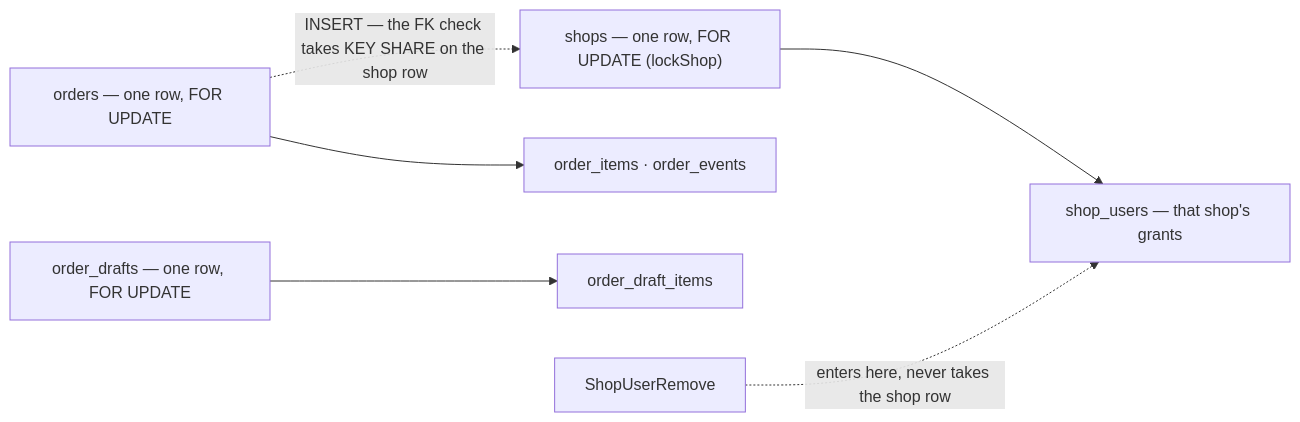
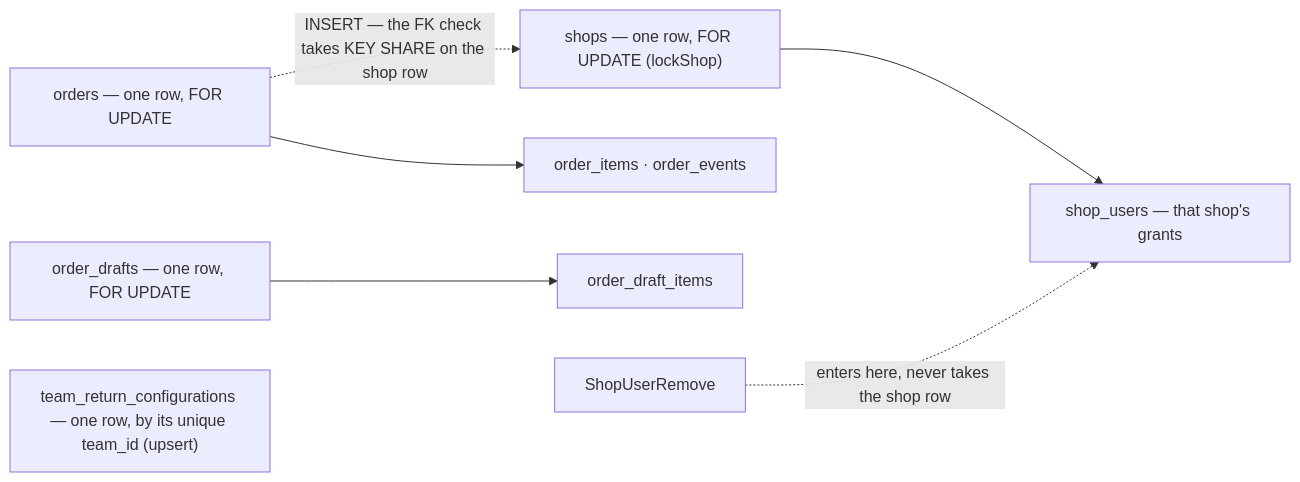
One commit to pdcgo/warehouse_revamp changed the diagram in audits/services/selling_service/concurrency/lock-order.md. Above: the diagram before and after it, drawn with Mermaid. The commit also changed other lines of this file and 161 other files, not shown here.

First line of the commit message:
feat(order): eleven statuses, one batch status move, settlement from events, return warehouse

````diff
--- a/audits/services/selling_service/concurrency/lock-order.md
+++ b/audits/services/selling_service/concurrency/lock-order.md
@@ -20,8 +20,9 @@
 ```mermaid
 flowchart LR
   S["shops — one row, FOR UPDATE (lockShop)"] --> SU["shop_users — that shop's grants"]
   O["orders — one row, FOR UPDATE"] --> OC["order_items · order_events"]
   D["order_drafts — one row, FOR UPDATE"] --> DC["order_draft_items"]
+  RC["team_return_configurations — one row, by its unique team_id (upsert)"]
   O -. "INSERT — the FK check takes KEY SHARE on the shop row" .-> S
   R["ShopUserRemove"] -. "enters here, never takes the shop row" .-> SU
 ```
````
